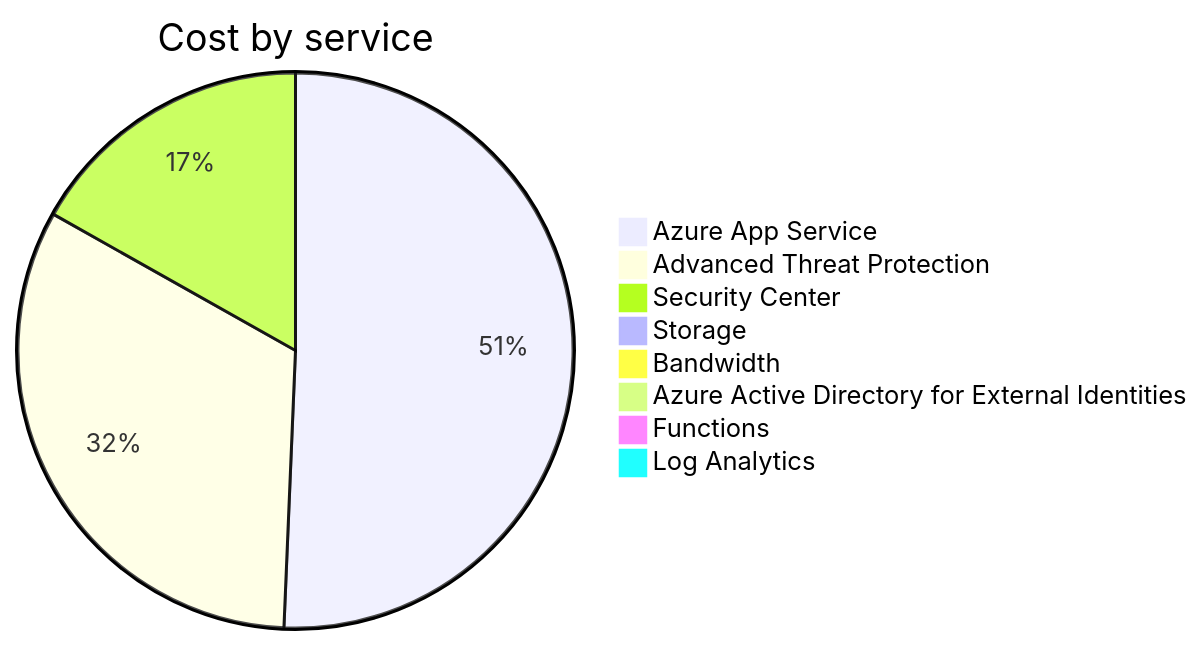
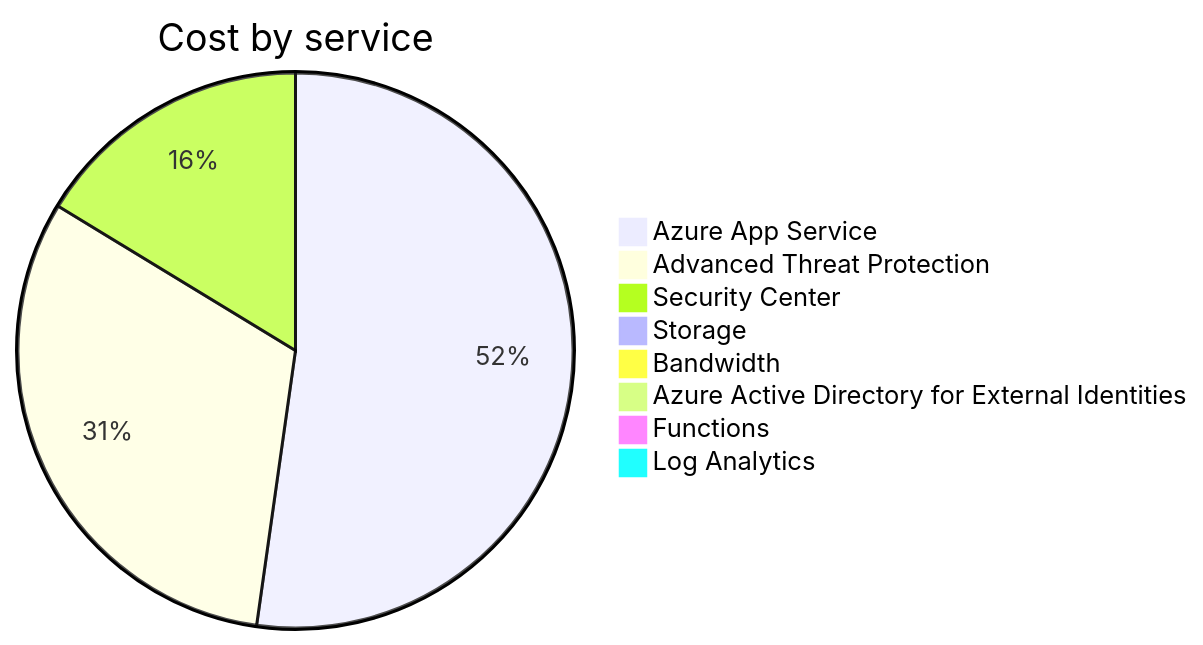
Before and after one commit to jpfulton/azure-personal-reports: the second of 4 diagrams in cost-reports/personal-site/README.md, drawn with Mermaid. The commit also changed other lines of this file and 7 other files, not shown here.

````diff
--- a/cost-reports/personal-site/README.md
+++ b/cost-reports/personal-site/README.md
@@ -100,12 +100,12 @@
 ```mermaid
 pie
    title Cost by service
-   "Azure App Service" : 11.07
+   "Azure App Service" : 11.79
    "Advanced Threat Protection" : 7.10
    "Security Center" : 3.68
    "Storage" : 0.07
    "Bandwidth" : 0.00
    "Azure Active Directory for External Identities" : 0.00
    "Functions" : 0.00
    "Log Analytics" : 0.00
 ```
````
